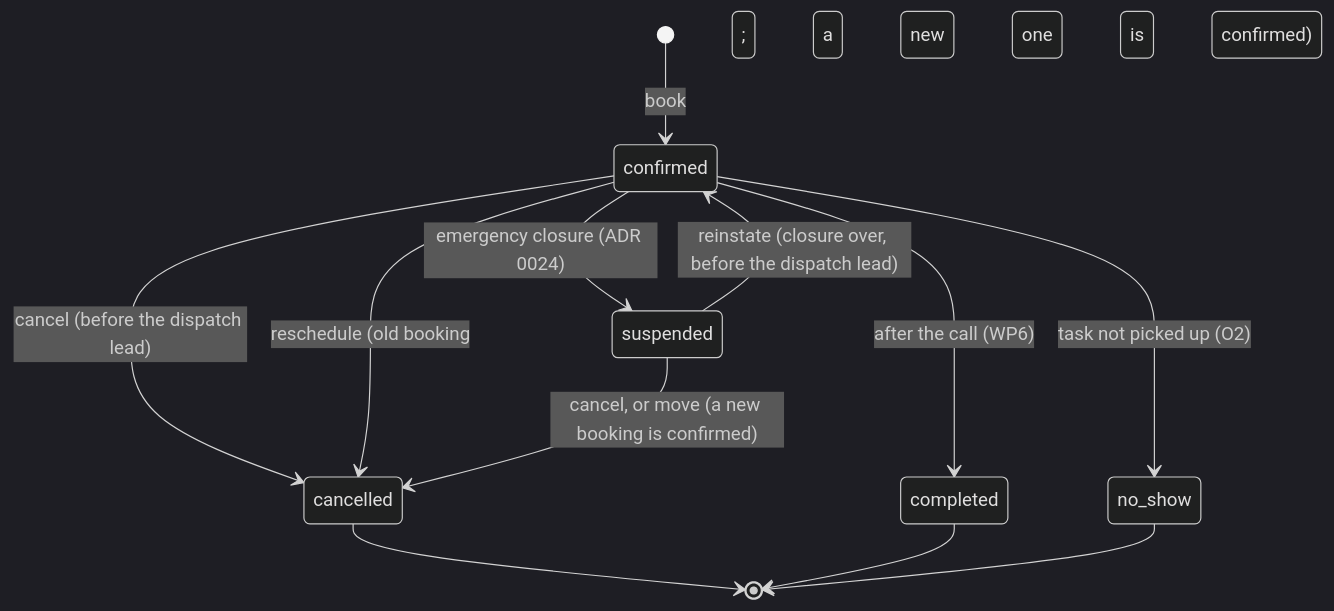
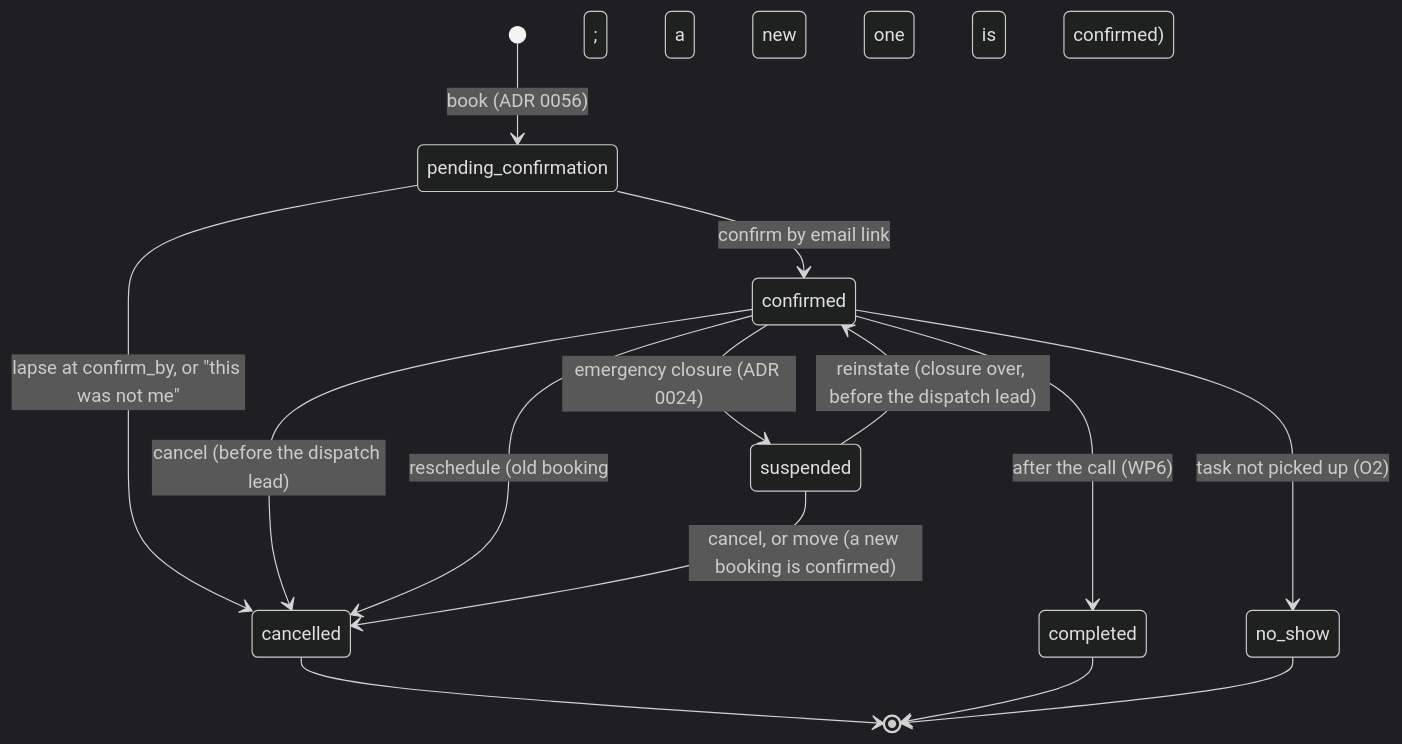
One commit to 3Corners-Labs/OpenPlanner changed diagram 11 of 14 in docs/architecture.md. Above: the diagram before and after it, drawn with Mermaid (dark theme). The commit also changed other lines of this file and 47 other files, not shown here.

First line of the commit message:
feat(booking): confirm a booking by email link, persistence and pages (ADR 0056 step 2)

````diff
--- a/docs/architecture.md
+++ b/docs/architecture.md
@@ -559,14 +566,16 @@
 ```mermaid
 stateDiagram-v2
-    [*] --> confirmed: book
+    [*] --> pending_confirmation: book (ADR 0056)
+    pending_confirmation --> confirmed: confirm by email link
+    pending_confirmation --> cancelled: lapse at confirm_by, or "this was not me"
     confirmed --> cancelled: cancel (before the dispatch lead)
     confirmed --> cancelled: reschedule (old booking; a new one is confirmed)
     confirmed --> completed: after the call (WP6)
     confirmed --> no_show: task not picked up (O2)
     confirmed --> suspended: emergency closure (ADR 0024)
     suspended --> confirmed: reinstate (closure over, before the dispatch lead)
     suspended --> cancelled: cancel, or move (a new booking is confirmed)
     cancelled --> [*]
     completed --> [*]
     no_show --> [*]
 ```
````
